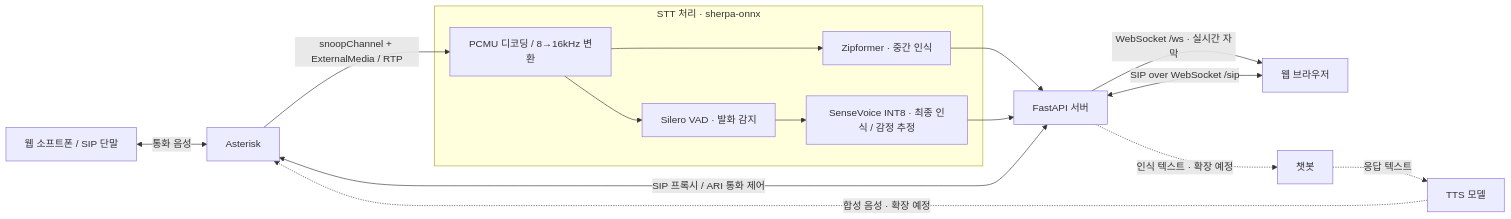
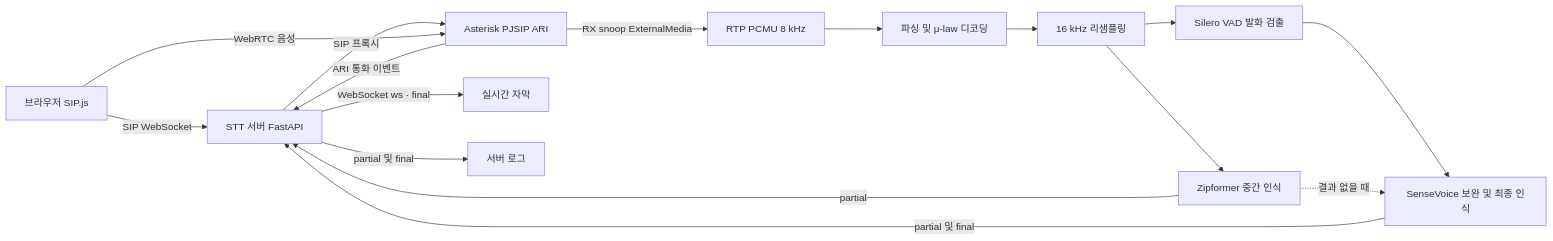
The diagram in README.md (NotableDeveloper/Asterisk-Integration), drawn with Mermaid before and after one commit. The commit also changed other lines of this file and 8 other files, not shown here.

Commit message:
feat: focus STT integration on final transcripts and recognition logs

````diff
--- a/README.md
+++ b/README.md
@@ -11,18 +18,29 @@
 ```mermaid
-flowchart LR
-    Phone["웹 소프트폰 / SIP 단말"] <-->|"통화 음성"| PBX["Asterisk"]
-    Browser["웹 브라우저"] <-->|"SIP over WebSocket /sip"| API["FastAPI 서버"]
-    API <-->|"SIP 프록시 / ARI 통화 제어"| PBX
-    PBX -->|"snoopChannel + ExternalMedia / RTP"| Audio["PCMU 디코딩 / 8→16kHz 변환"]
-    subgraph STT["STT 처리 · sherpa-onnx"]
-        Audio --> Zipformer["Zipformer · 중간 인식"]
-        Audio --> VAD["Silero VAD · 발화 감지"]
-        VAD --> SenseVoice["SenseVoice INT8 · 최종 인식 / 감정 추정"]
-    end
-    Zipformer --> API
-    SenseVoice --> API
-    API -->|"WebSocket /ws · 실시간 자막"| Browser
-    API -.->|"인식 텍스트 · 확장 예정"| Bot["챗봇"]
-    Bot -.->|"응답 텍스트"| TTS["TTS 모델"]
-    TTS -.->|"합성 음성 · 확장 예정"| PBX
+graph LR
+    Browser[브라우저 SIP.js]
+    API[STT 서버 FastAPI]
+    Asterisk[Asterisk PJSIP ARI]
+    RTP[RTP PCMU 8 kHz]
+    Decode[파싱 및 μ-law 디코딩]
+    Resample[16 kHz 리샘플링]
+    Zipformer[Zipformer 중간 인식]
+    VAD[Silero VAD 발화 검출]
+    SenseVoice[SenseVoice 보완 및 최종 인식]
+    UI[실시간 자막]
+
+    Browser -->|SIP WebSocket| API
+    API -->|SIP 프록시| Asterisk
+    Browser -->|WebRTC 음성| Asterisk
+    Asterisk -->|ARI 통화 이벤트| API
+    Asterisk -->|RX snoop ExternalMedia| RTP
+    RTP --> Decode
+    Decode --> Resample
+    Resample --> Zipformer
+    Resample --> VAD
+    VAD --> SenseVoice
+    Zipformer -. 결과 없을 때 .-> SenseVoice
+    Zipformer -->|partial| API
+    SenseVoice -->|partial 및 final| API
+    API -->|partial 및 final| Logs[서버 로그]
+    API -->|WebSocket ws · final| UI
 ```
````
